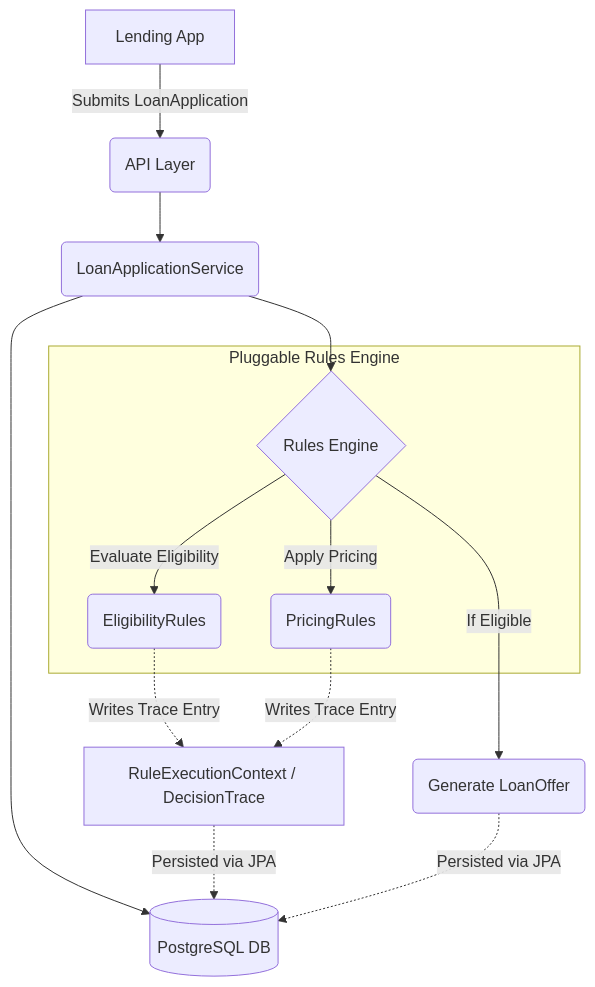
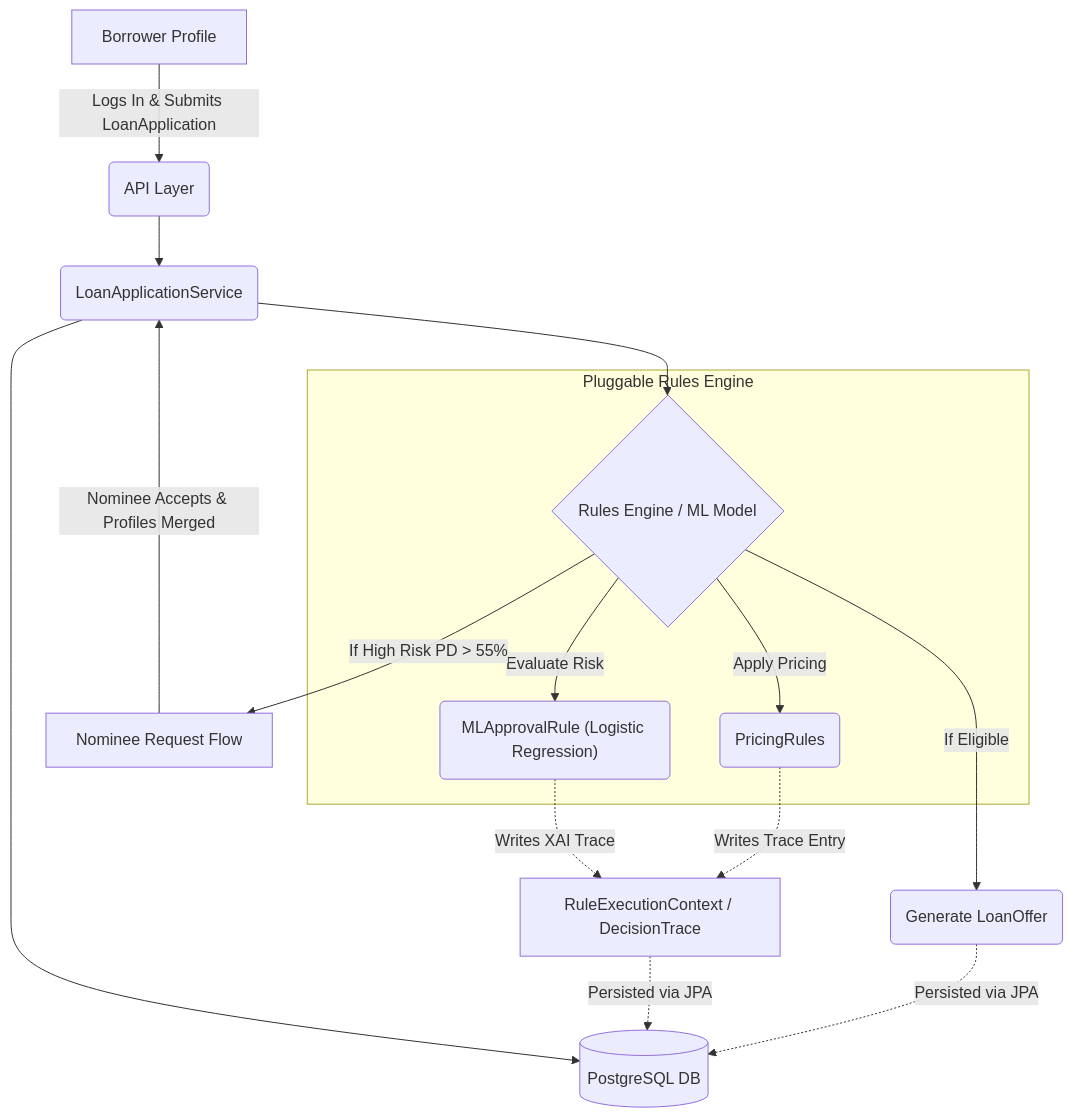
The first of 2 diagrams in ARCH.md (HemanthS150106/Digital-Lending-Market-Place), drawn with Mermaid before and after one commit. The commit also changed other lines of this file and 24 other files, not shown here.

````diff
--- a/ARCH.md
+++ b/ARCH.md
@@ -6,19 +9,22 @@
 ```mermaid
 graph TD
-    A[Lending App] -->|Submits LoanApplication| B(API Layer)
+    A[Borrower Profile] -->|Logs In & Submits LoanApplication| B(API Layer)
     B --> C(LoanApplicationService)
-    C --> D{Rules Engine}
+    C --> D{Rules Engine / ML Model}
     
     subgraph Engine [Pluggable Rules Engine]
-        D -->|Evaluate Eligibility| E(EligibilityRules)
+        D -->|Evaluate Risk| E("MLApprovalRule (Logistic Regression)")
         D -->|Apply Pricing| F(PricingRules)
     end
     
-    E -.->|Writes Trace Entry| G[RuleExecutionContext / DecisionTrace]
+    E -.->|Writes XAI Trace| G[RuleExecutionContext / DecisionTrace]
     F -.->|Writes Trace Entry| G
+    
+    D -->|If High Risk PD > 55%| N[Nominee Request Flow]
+    N -->|Nominee Accepts & Profiles Merged| C
     
     D -->|If Eligible| H(Generate LoanOffer)
     C --> I[(PostgreSQL DB)]
     G -.->|Persisted via JPA| I
     H -.->|Persisted via JPA| I
 ```
````
